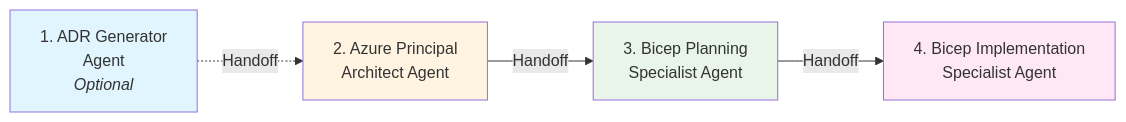
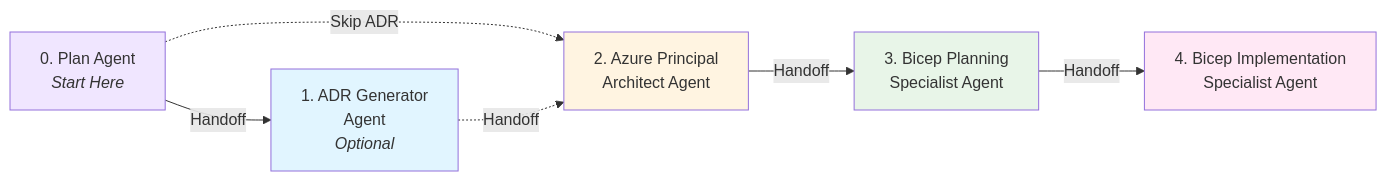
One commit to jonathan-vella/github-copilot-itpro changed the diagram in README.md. Above: the diagram before and after it, drawn with Mermaid. The commit also changed other lines of this file and 12 other files, not shown here.

````diff
--- a/README.md
+++ b/README.md
@@ -132,11 +132,14 @@
 ```mermaid
 graph LR
-    A[1. ADR Generator<br/>Agent<br/><i>Optional</i>] -.->|Handoff| B[2. Azure Principal<br/>Architect Agent]
+    P[0. Plan Agent<br/><i>Start Here</i>] -->|Handoff| A[1. ADR Generator<br/>Agent<br/><i>Optional</i>]
+    P -.->|Skip ADR| B[2. Azure Principal<br/>Architect Agent]
+    A -.->|Handoff| B
     B -->|Handoff| C[3. Bicep Planning<br/>Specialist Agent]
     C -->|Handoff| D[4. Bicep Implementation<br/>Specialist Agent]
     
+    style P fill:#f0e6ff
     style A fill:#e1f5ff
     style B fill:#fff4e1
     style C fill:#e8f5e8
     style D fill:#ffe8f5
 ```
````
